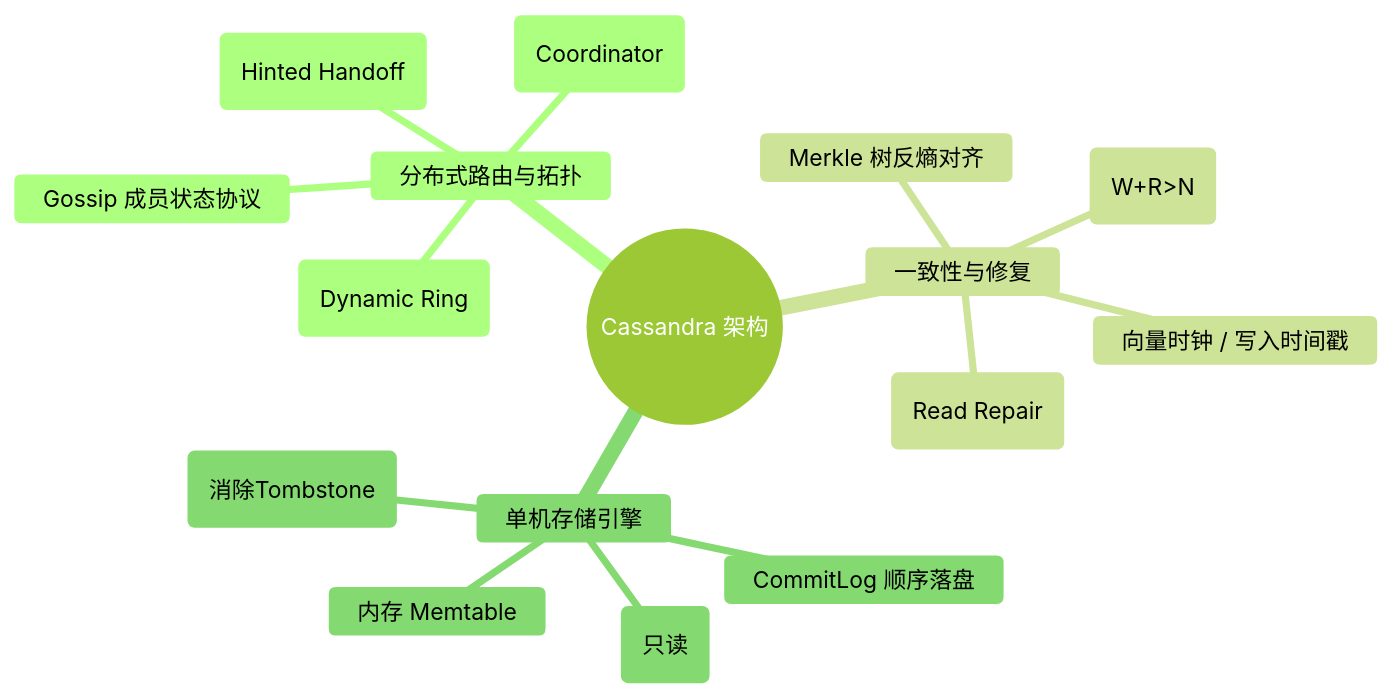
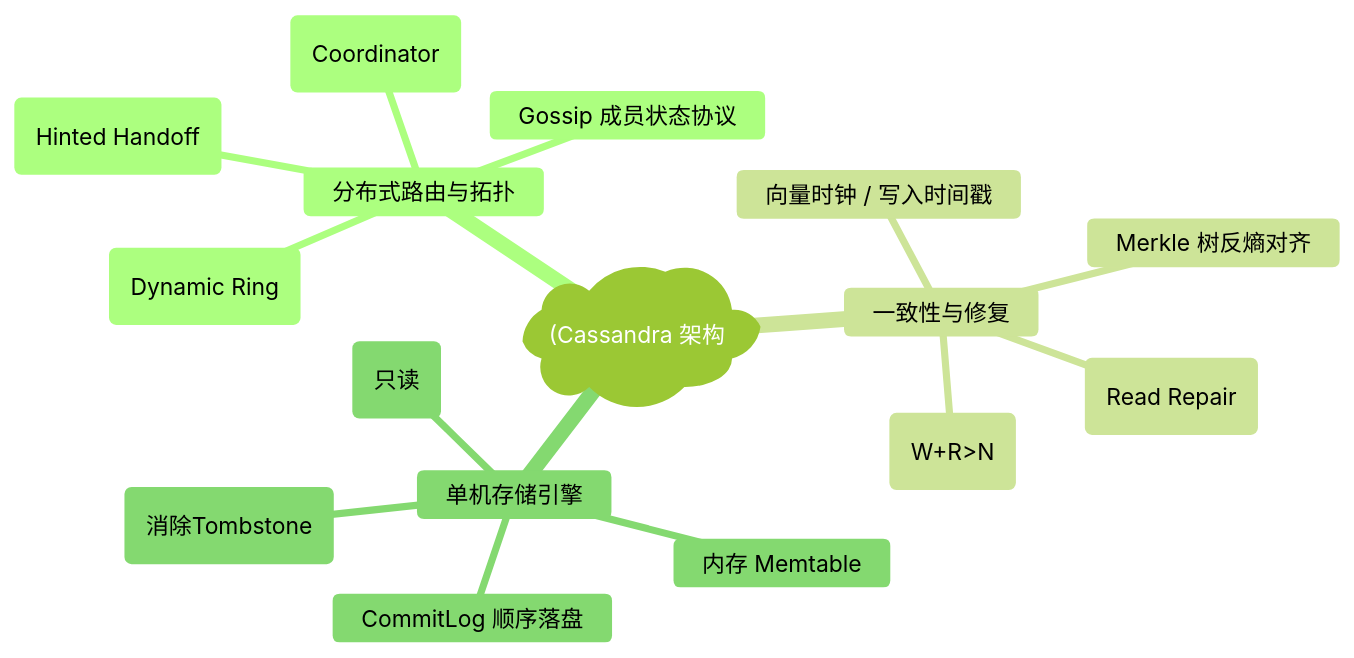
The second of 8 diagrams in docs/atlas/cassandra.mdx (koosai/AI-Architect-Learning), drawn with Mermaid (forest theme) before and after one commit. The commit also changed other lines of this file and 187 other files, not shown here.

Commit message:
fix(mermaid): fix all unquoted parens and edge label syntax errors across all docs

````diff
--- a/docs/atlas/cassandra.mdx
+++ b/docs/atlas/cassandra.mdx
@@ -83,19 +83,19 @@
 ```mermaid
 mindmap
-  root((Cassandra 架构))
+  root("(Cassandra 架构"))
     分布式路由与拓扑
       一致性哈希环 (Dynamic Ring)
       Gossip 成员状态协议
       协调者路由 (Coordinator)
       暗示切换 (Hinted Handoff)
     一致性与修复
-      Tunable Consistency (W+R>N)
+      Tunable Consistency("W+R>N")
       读修复 (Read Repair)
       Merkle 树反熵对齐
       向量时钟 / 写入时间戳
     单机存储引擎
       CommitLog 顺序落盘
       内存 Memtable
       列存 SSTable 文件 (只读)
       归并 Compaction (消除Tombstone)
 ```
````
